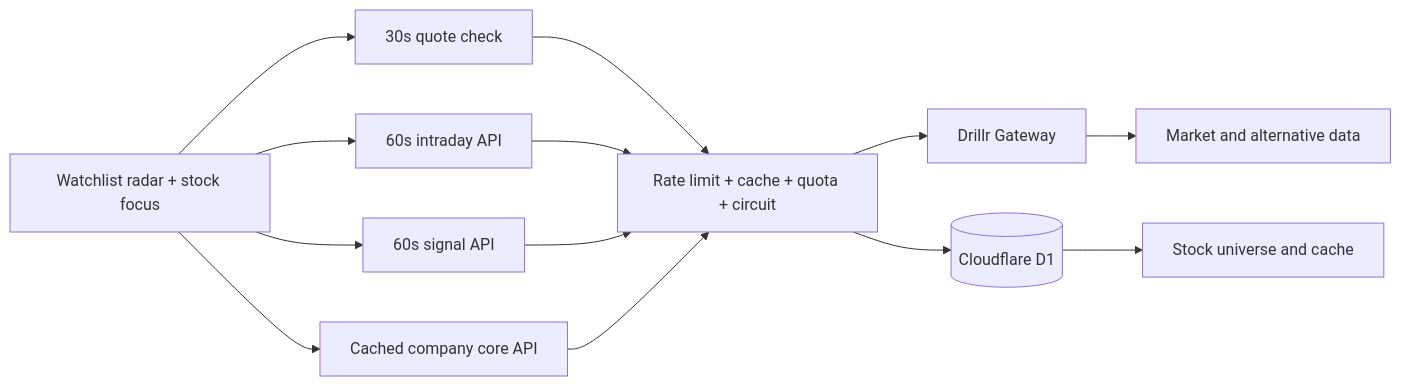
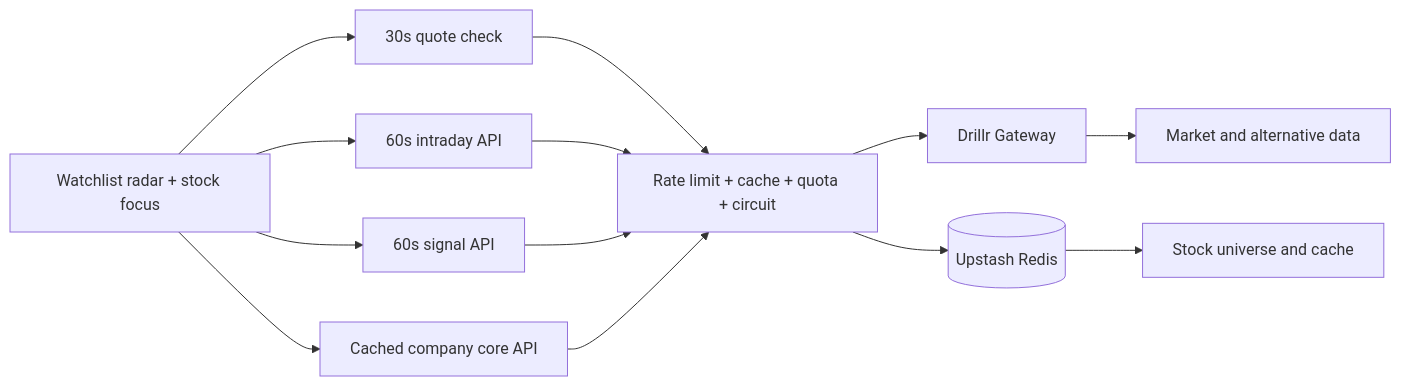
One commit to huluwa2026/drillr-market-dashboard changed the diagram in README.md. Above: the diagram before and after it, drawn with Mermaid. The commit also changed other lines of this file and 18 other files, not shown here.

````diff
--- a/README.md
+++ b/README.md
@@ -32,12 +32,12 @@
 ```mermaid
 flowchart LR
     Browser[Watchlist radar + stock focus] --> Live[30s quote check]
     Browser --> Intraday[60s intraday API]
     Browser --> Signals[60s signal API]
     Browser --> Core[Cached company core API]
     Live & Intraday & Signals & Core --> Guard[Rate limit + cache + quota + circuit]
     Guard --> Gateway[Drillr Gateway]
-    Guard --> D1[(Cloudflare D1)]
+    Guard --> Redis[(Upstash Redis)]
     Gateway --> Markets[Market and alternative data]
-    D1 --> Universe[Stock universe and cache]
+    Redis --> Universe[Stock universe and cache]
 ```
````
